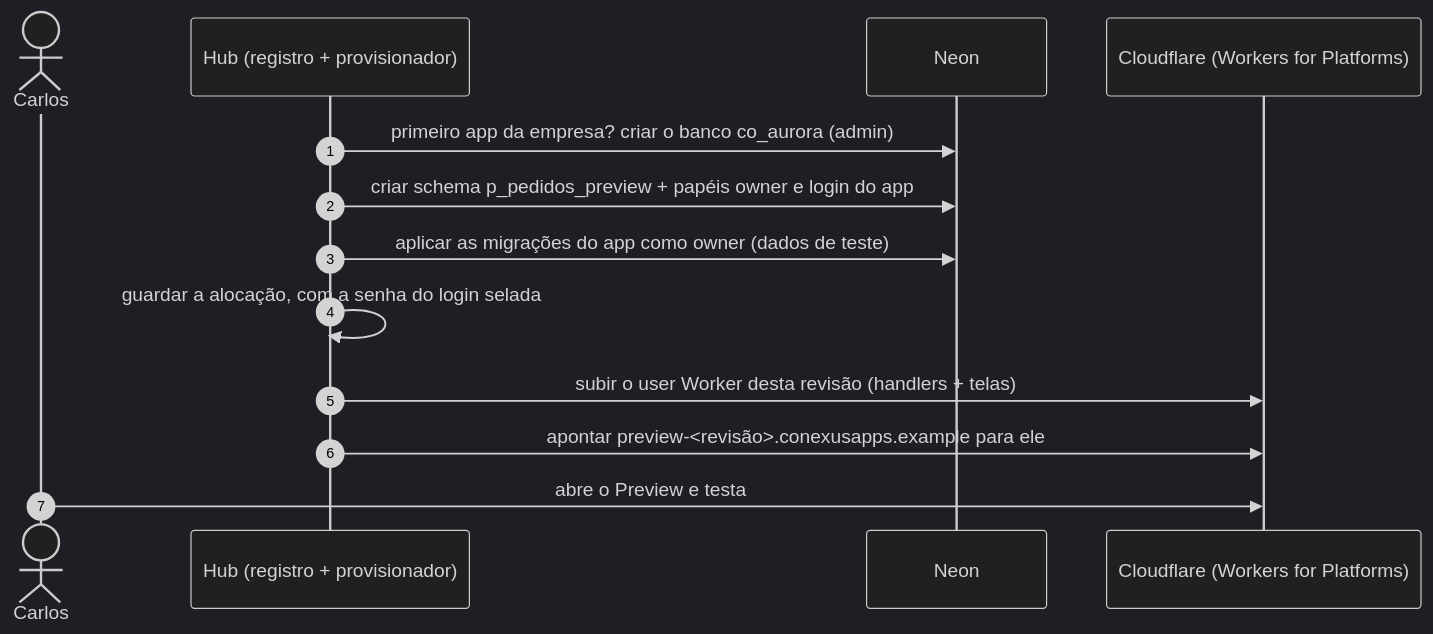
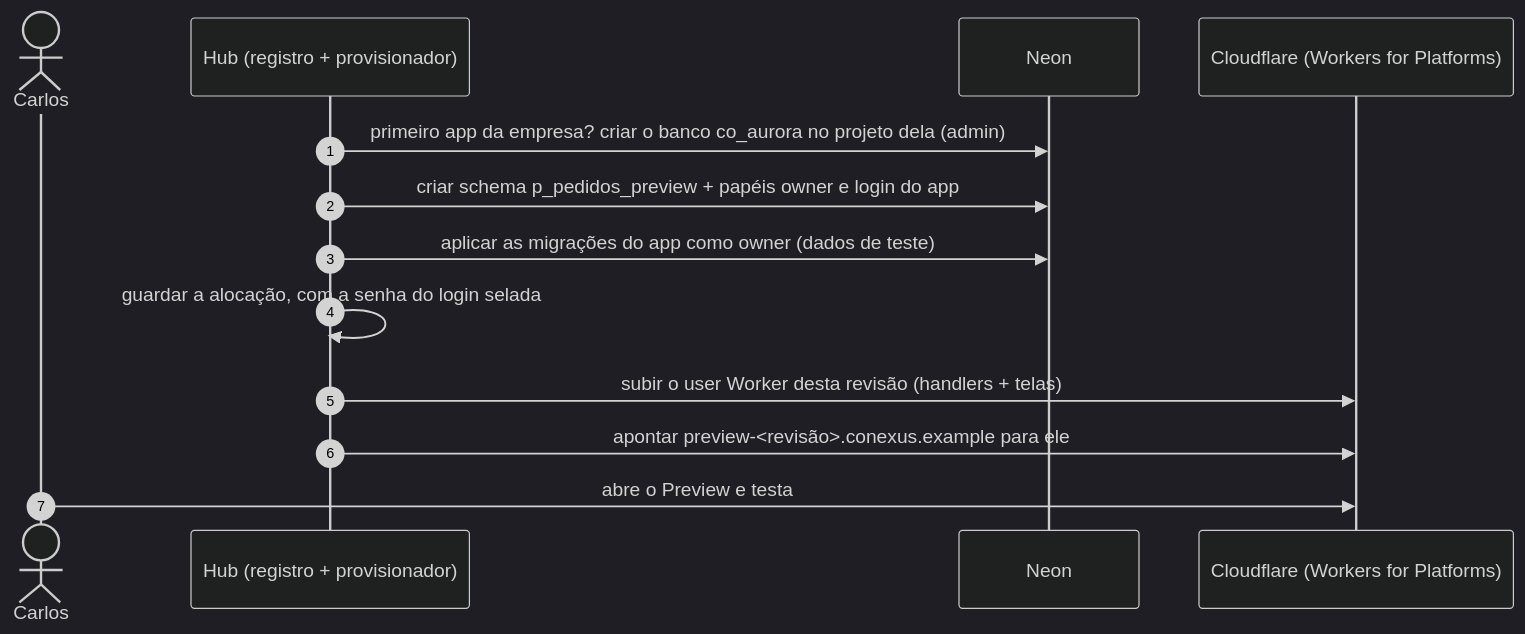
The sixth of 8 diagrams in docs/research/architecture/target-design.md (developmentconexus-ops/conexus-os), drawn with Mermaid (dark theme) before and after one commit. The commit also changed other lines of this file and 1 other file, not shown here.

````diff
--- a/docs/research/architecture/target-design.md
+++ b/docs/research/architecture/target-design.md
@@ -326,15 +349,15 @@
 ```mermaid
 sequenceDiagram
   autonumber
   actor Carlos as Carlos
   participant Hub as Hub (registro + provisionador)
   participant N as Neon
   participant CF as Cloudflare (Workers for Platforms)
-  Hub->>N: primeiro app da empresa? criar o banco co_aurora (admin)
+  Hub->>N: primeiro app da empresa? criar o banco co_aurora no projeto dela (admin)
   Hub->>N: criar schema p_pedidos_preview + papéis owner e login do app
   Hub->>N: aplicar as migrações do app como owner (dados de teste)
   Hub->>Hub: guardar a alocação, com a senha do login selada
   Hub->>CF: subir o user Worker desta revisão (handlers + telas)
-  Hub->>CF: apontar preview-<revisão>.conexusapps.example para ele
+  Hub->>CF: apontar preview-<revisão>.conexus.example para ele
   Carlos->>CF: abre o Preview e testa
 ```
````
